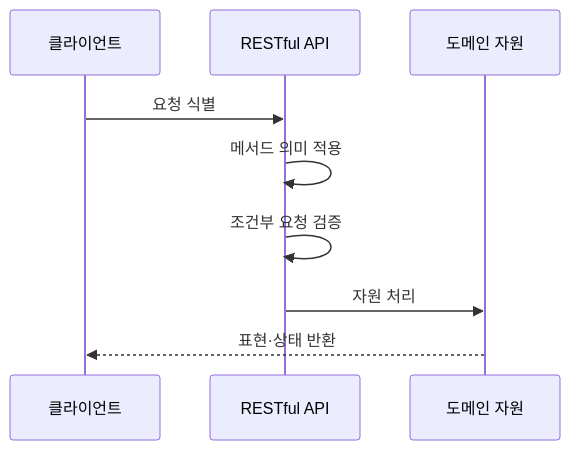
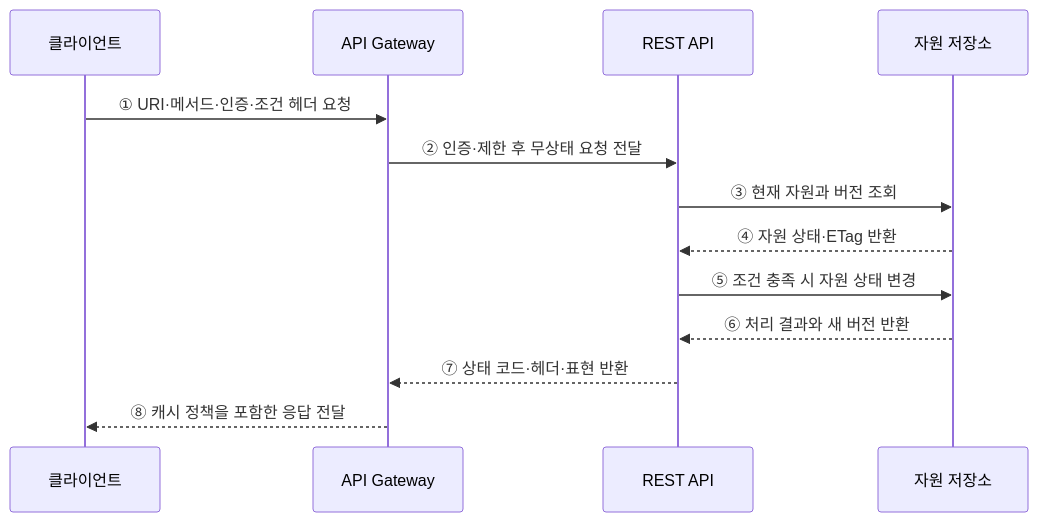
Before and after one commit to agnusdei1207/knowledge-base: the second of 2 diagrams in src/content/docs/notes/03-software/171_restful_api_design.md, drawn with Mermaid. The commit also changed other lines of this file and 20 other files, not shown here.

````diff
--- a/src/content/docs/notes/03-software/171_restful_api_design.md
+++ b/src/content/docs/notes/03-software/171_restful_api_design.md
@@ -77,11 +73,15 @@
 ```mermaid
 sequenceDiagram
     participant C as 클라이언트
-    participant A as RESTful API
-    participant R as 도메인 자원
-    C->>A: 요청 식별
-    A->>A: 메서드 의미 적용
-    A->>A: 조건부 요청 검증
-    A->>R: 자원 처리
-    R-->>C: 표현·상태 반환
+    participant G as API Gateway
+    participant A as REST API
+    participant D as 자원 저장소
+    C->>G: ① URI·메서드·인증·조건 헤더 요청
+    G->>A: ② 인증·제한 후 무상태 요청 전달
+    A->>D: ③ 현재 자원과 버전 조회
+    D-->>A: ④ 자원 상태·ETag 반환
+    A->>D: ⑤ 조건 충족 시 자원 상태 변경
+    D-->>A: ⑥ 처리 결과와 새 버전 반환
+    A-->>G: ⑦ 상태 코드·헤더·표현 반환
+    G-->>C: ⑧ 캐시 정책을 포함한 응답 전달
 ```
````
